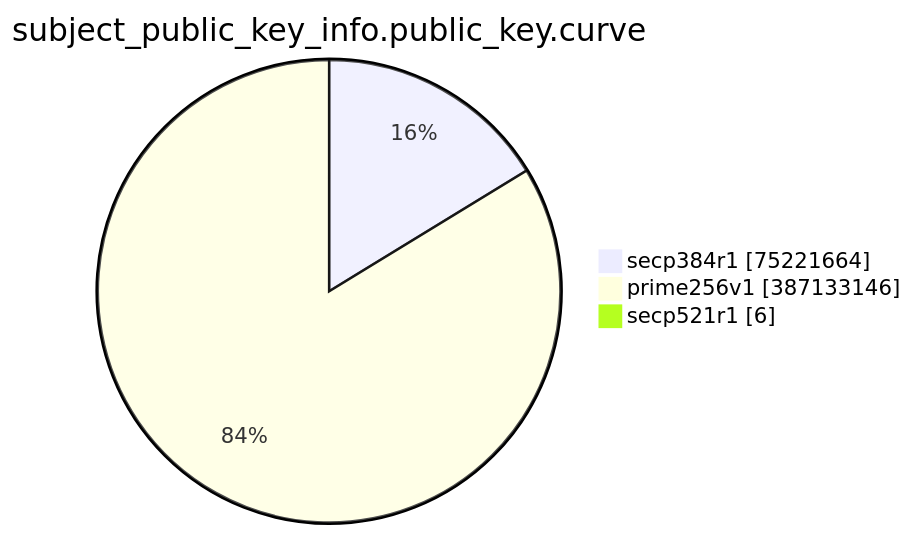
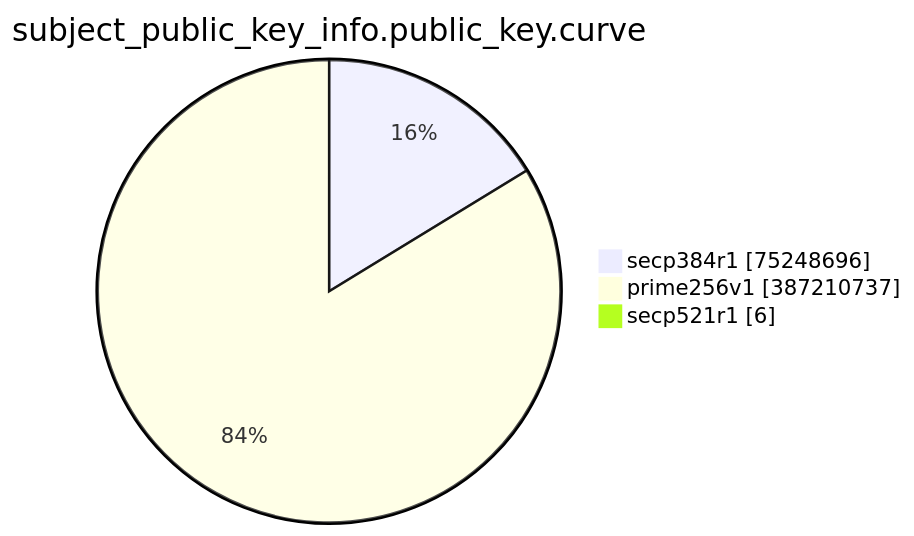
The eighth of 15 diagrams in TOTAL/README.md (christiankrug/ctmonitor_visualization), drawn with Mermaid before and after one commit. The commit also changed other lines of this file, not shown here.

````diff
--- a/TOTAL/README.md
+++ b/TOTAL/README.md
@@ -3094,7 +3094,7 @@
 ```mermaid
 pie showData
 title subject_public_key_info.public_key.curve
-"secp384r1" :75221664
-"prime256v1" :387133146
+"secp384r1" :75248696
+"prime256v1" :387210737
 "secp521r1" :6
 ```
````
